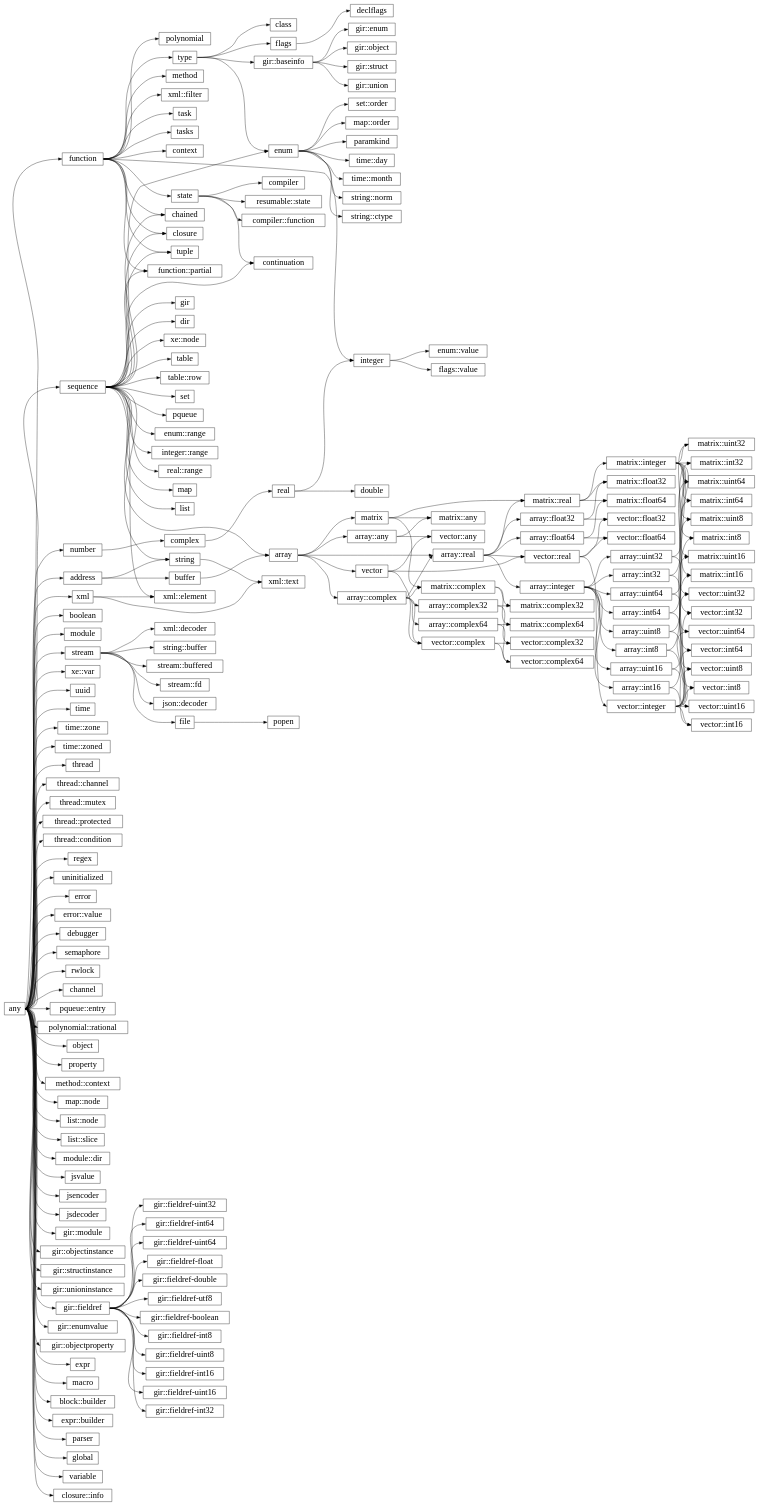
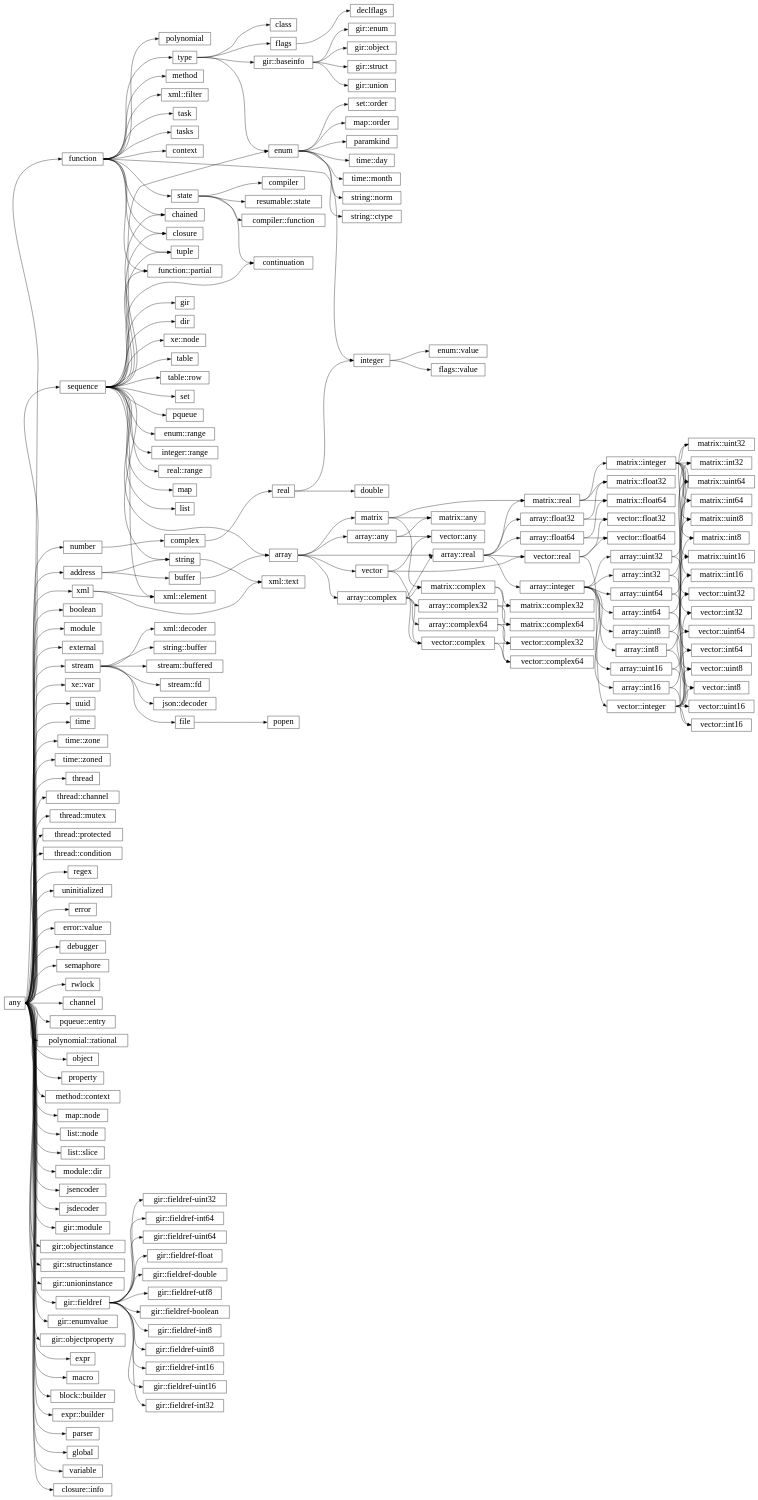
Before and after one commit to wrapl/minilang: the diagram in docs/library/hierarchy.rst, drawn with Graphviz. The commit also changed 17 other files, not shown here.

```diff
--- a/docs/library/hierarchy.rst
+++ b/docs/library/hierarchy.rst
@@ -21,6 +21,7 @@
       "sequence":e -> "tuple":w;
       "any":e -> "boolean":w;
       "any":e -> "module":w;
+      "any":e -> "external":w;
       "any":e -> "xml":w;
       "xml":e -> "xml::text":w;
       "string":e -> "xml::text":w;
@@ -101,7 +102,6 @@
       "any":e -> "list::slice":w;
       "any":e -> "module::dir":w;
       "stream":e -> "json::decoder":w;
-      "any":e -> "jsvalue":w;
       "any":e -> "jsencoder":w;
       "any":e -> "jsdecoder":w;
       "sequence":e -> "gir":w;
```
